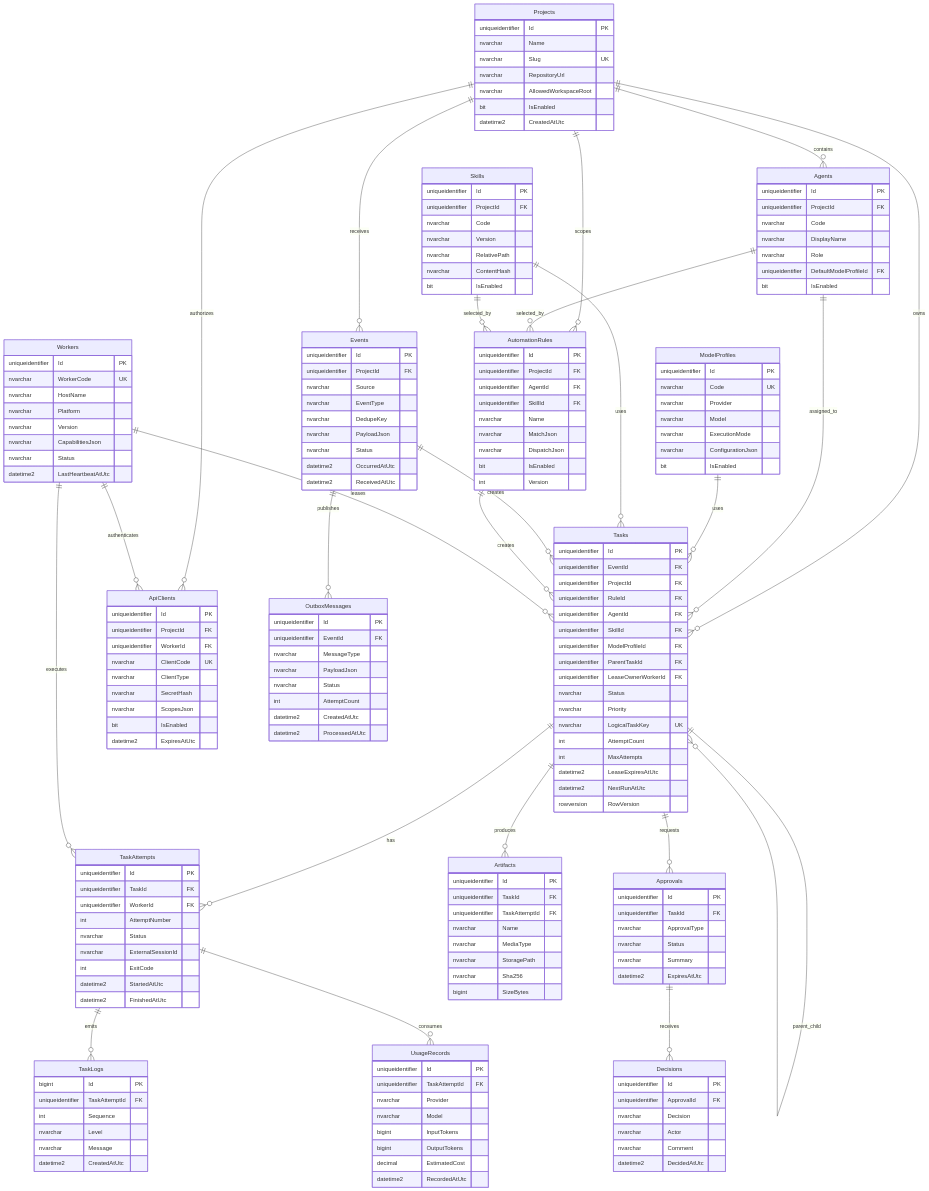
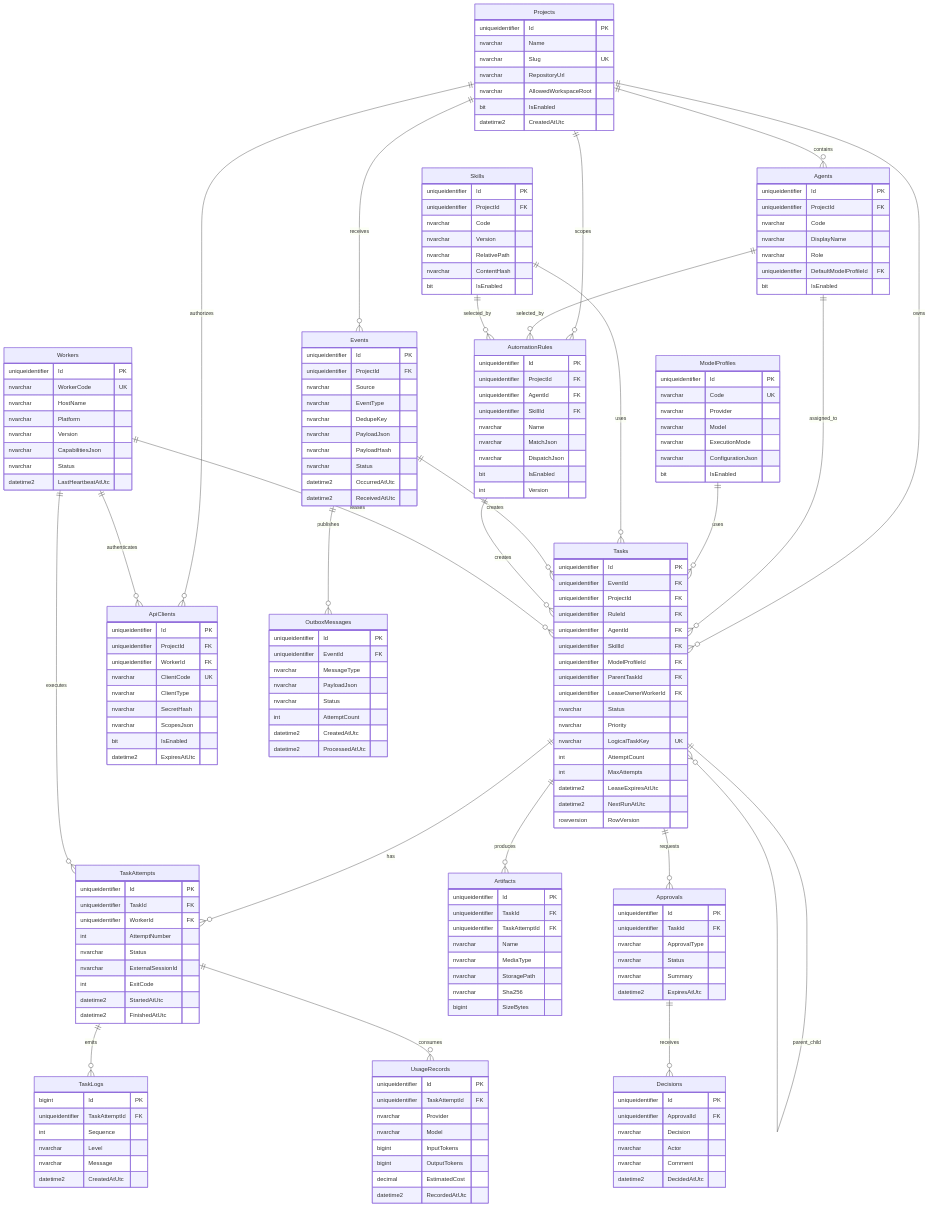
The diagram in docs/DATABASE-ER.md (wu1234a/AgentOS), drawn with Mermaid before and after one commit. The commit also changed other lines of this file and 34 other files, not shown here.

```diff
--- a/docs/DATABASE-ER.md
+++ b/docs/DATABASE-ER.md
@@ -101,6 +101,7 @@
       nvarchar EventType
       nvarchar DedupeKey
       nvarchar PayloadJson
+      nvarchar PayloadHash
       nvarchar Status
       datetime2 OccurredAtUtc
       datetime2 ReceivedAtUtc
```
